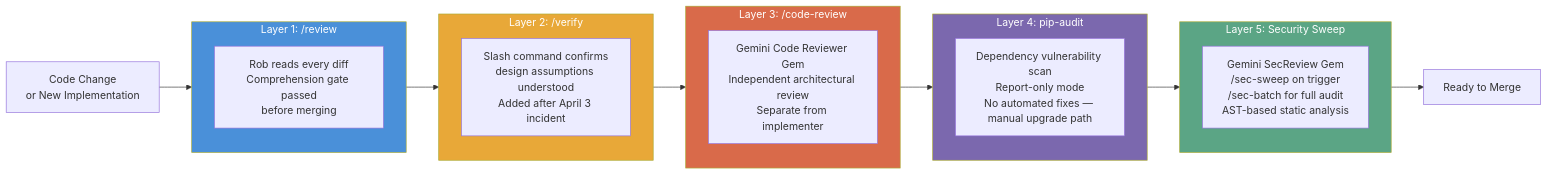
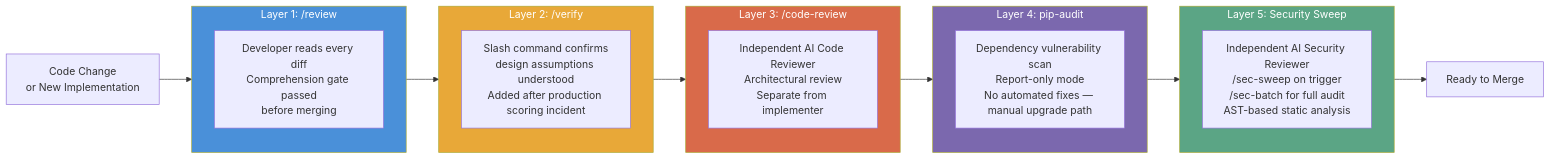
Before and after one commit to robert-blue-datascience/qc-automation-agent-showcase: the diagram in diagrams/quality-gates.mermaid, drawn with Mermaid. The commit also changed 6 other files, not shown here.

Commit message:
docs: rebuild with full data security scrub

```diff
--- a/diagrams/quality-gates.mermaid
+++ b/diagrams/quality-gates.mermaid
@@ -1,30 +1,30 @@
 flowchart LR
     CODE[Code Change\nor New Implementation] --> L1
 
     subgraph L1["Layer 1: /review"]
-        R1[Rob reads every diff\nComprehension gate passed\nbefore merging]
+        R1[Developer reads every diff\nComprehension gate passed\nbefore merging]
     end
 
     subgraph L2["Layer 2: /verify"]
-        R2[Slash command confirms\ndesign assumptions understood\nAdded after April 3 incident]
+        R2[Slash command confirms\ndesign assumptions understood\nAdded after production scoring incident]
     end
 
     subgraph L3["Layer 3: /code-review"]
-        R3[Gemini Code Reviewer Gem\nIndependent architectural review\nSeparate from implementer]
+        R3[Independent AI Code Reviewer\nArchitectural review\nSeparate from implementer]
     end
 
     subgraph L4["Layer 4: pip-audit"]
         R4[Dependency vulnerability scan\nReport-only mode\nNo automated fixes — manual upgrade path]
     end
 
     subgraph L5["Layer 5: Security Sweep"]
-        R5[Gemini SecReview Gem\n/sec-sweep on trigger\n/sec-batch for full audit\nAST-based static analysis]
+        R5[Independent AI Security Reviewer\n/sec-sweep on trigger\n/sec-batch for full audit\nAST-based static analysis]
     end
 
     L1 --> L2 --> L3 --> L4 --> L5 --> MERGE[Ready to Merge]
 
     style L1 fill:#4a90d9,color:#fff
     style L2 fill:#e8a838,color:#fff
     style L3 fill:#d96a4a,color:#fff
     style L4 fill:#7b68ae,color:#fff
     style L5 fill:#5ba585,color:#fff
```
